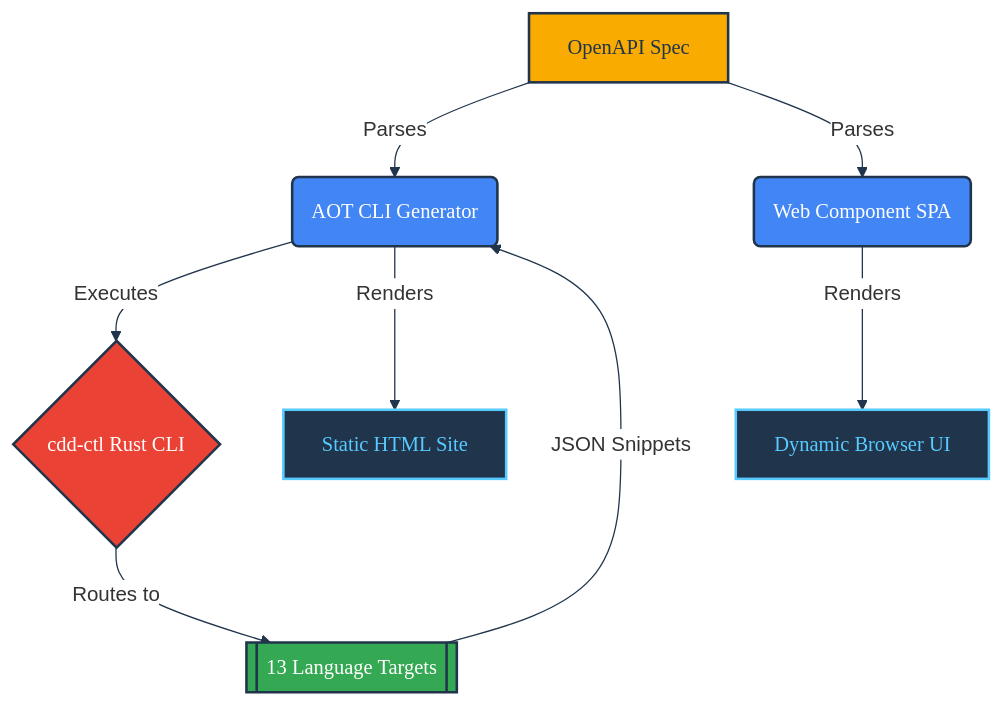
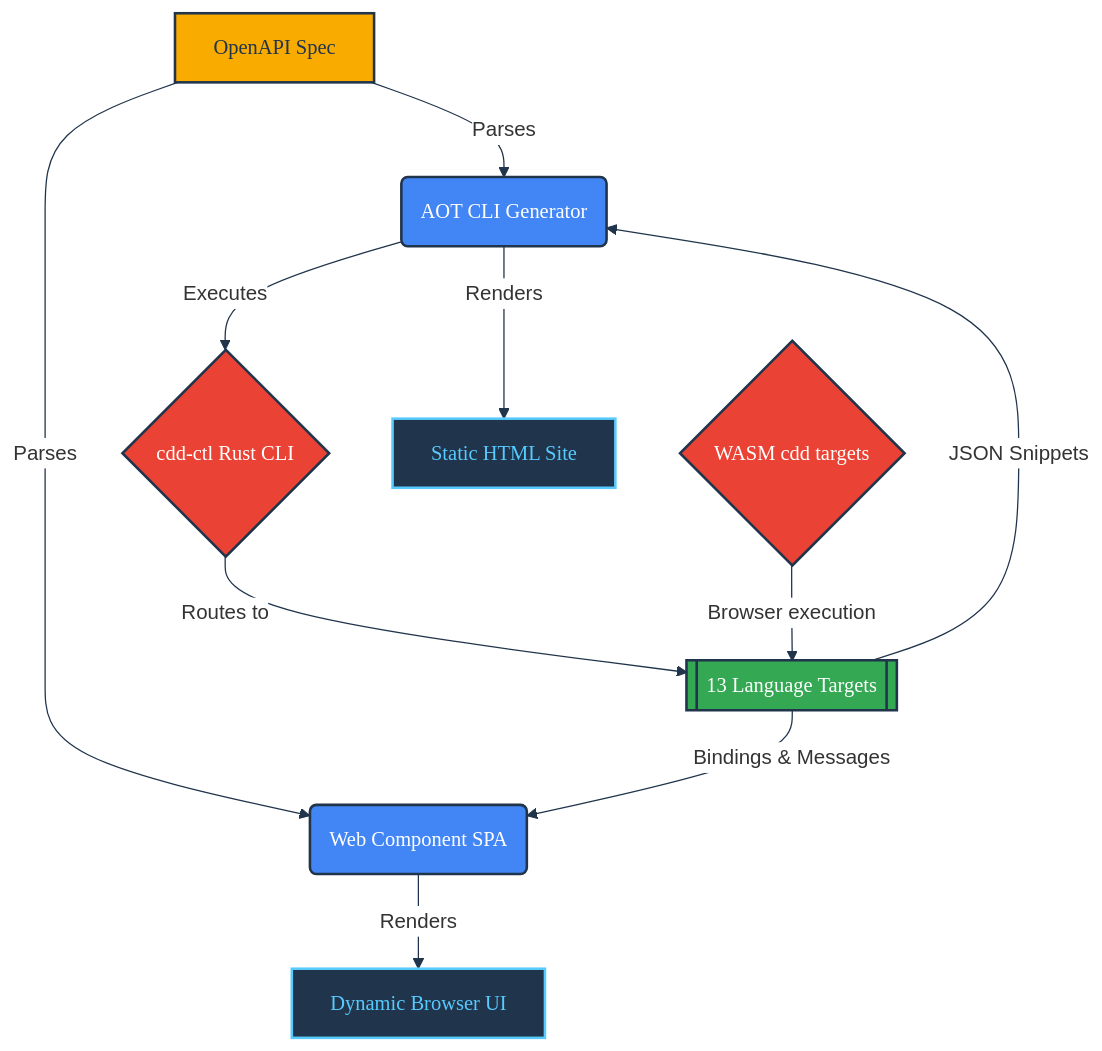
Before and after one commit to SamuelMarks/cdd-docs-ui: the diagram in ARCHITECTURE.md, drawn with Mermaid. The commit also changed other lines of this file and 2 other files, not shown here.

````diff
--- a/ARCHITECTURE.md
+++ b/ARCHITECTURE.md
@@ -9,35 +9,38 @@
 ```mermaid
 %%{
   init: {
     'theme': 'base',
     'themeVariables': {
       'fontFamily': 'Google Sans Normal, sans-serif',
       'lineColor': '#20344b',
       'textColor': '#20344b',
       'edgeLabelBackground': '#ffffff'
     }
   }
 }%%
 flowchart TD
     classDef headline font-family:'Google Sans Medium',fill:#4285f4,color:#ffffff,stroke:#20344b,stroke-width:2px
     classDef subhead font-family:'Roboto Mono Normal',fill:#f9ab00,color:#20344b,stroke:#20344b,stroke-width:2px
     classDef bodytext font-family:'Google Sans Normal',fill:#34a853,color:#ffffff,stroke:#20344b,stroke-width:2px
     classDef highlight font-family:'Google Sans Medium',fill:#ea4335,color:#ffffff,stroke:#20344b,stroke-width:2px
     classDef terminal font-family:'Google Sans Medium',fill:#20344b,color:#57caff,stroke:#57caff,stroke-width:2px
 
     A[OpenAPI Spec]:::subhead
     B(AOT CLI Generator):::headline
     B2(Web Component SPA):::headline
     C{cdd-ctl Rust CLI}:::highlight
+    C2{WASM cdd targets}:::highlight
     D[[13 Language Targets]]:::bodytext
     E[Static HTML Site]:::terminal
     F[Dynamic Browser UI]:::terminal
 
     A -- Parses --> B
     A -- Parses --> B2
     B -- Executes --> C
     C -- Routes to --> D
+    C2 -- Browser execution --> D
     D -- JSON Snippets --> B
+    D -- Bindings & Messages --> B2
     B -- Renders --> E
     B2 -- Renders --> F
 ```
````
